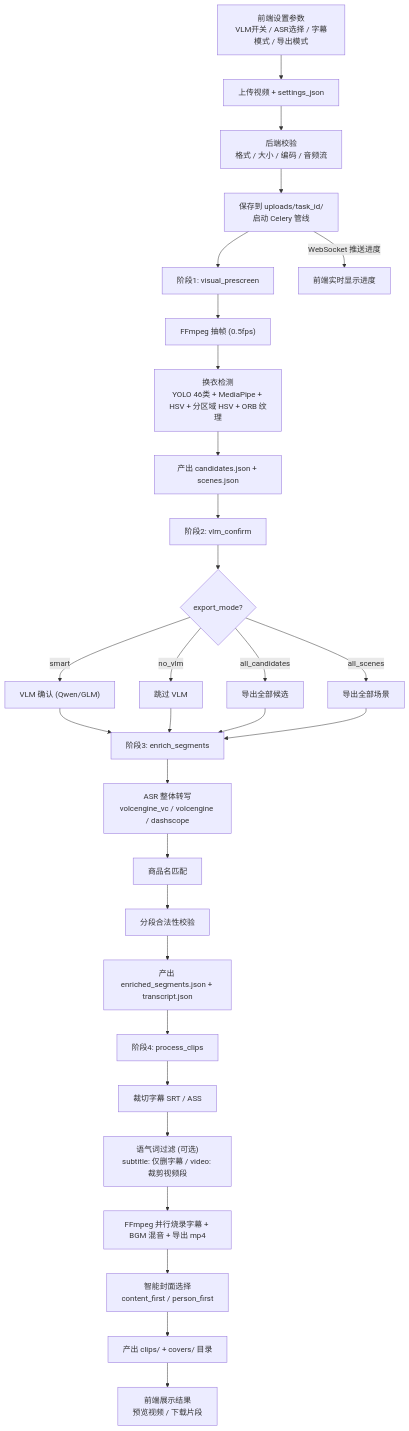
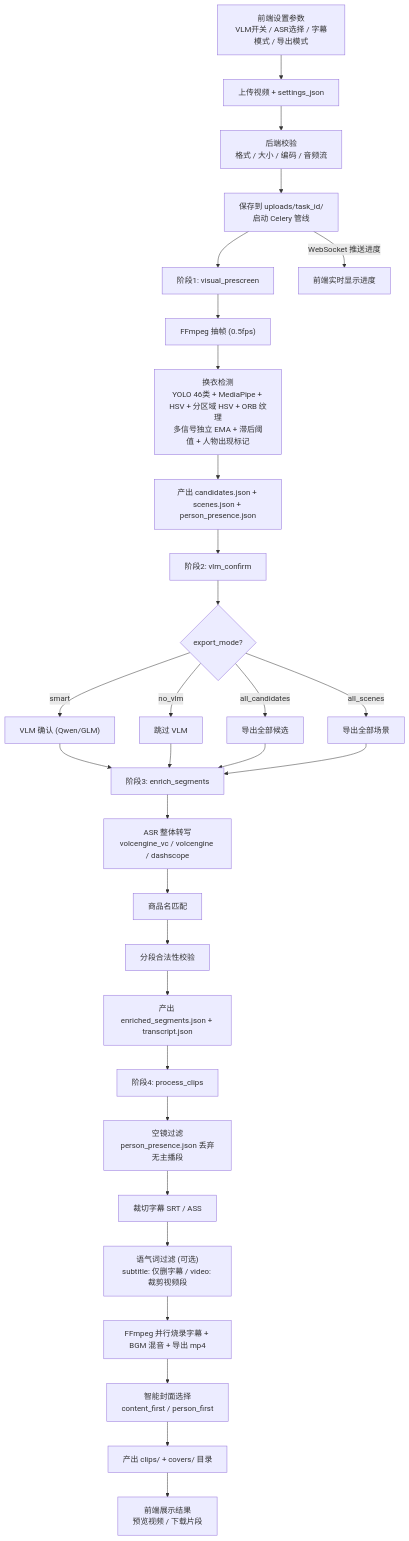
One commit to ShellMonster/LiveVideoCut changed the second of 2 diagrams in README.md. Above: the diagram before and after it, drawn with Mermaid. The commit also changed other lines of this file and 4 other files, not shown here.

````diff
--- a/README.md
+++ b/README.md
@@ -77,38 +77,39 @@
 ```mermaid
 graph TD
     A["前端设置参数<br/>VLM开关 / ASR选择 / 字幕模式 / 导出模式"] --> B["上传视频 + settings_json"]
     B --> C["后端校验<br/>格式 / 大小 / 编码 / 音频流"]
     C --> D["保存到 uploads/task_id/<br/>启动 Celery 管线"]
 
     D --> E["阶段1: visual_prescreen"]
     E --> E1["FFmpeg 抽帧 (0.5fps)"]
-    E1 --> E2["换衣检测<br/>YOLO 46类 + MediaPipe + HSV + 分区域 HSV + ORB 纹理"]
-    E2 --> E3["产出 candidates.json + scenes.json"]
+    E1 --> E2["换衣检测<br/>YOLO 46类 + MediaPipe + HSV + 分区域 HSV + ORB 纹理<br/>多信号独立 EMA + 滞后阈值 + 人物出现标记"]
+    E2 --> E3["产出 candidates.json + scenes.json + person_presence.json"]
 
     E3 --> F["阶段2: vlm_confirm"]
     F --> F1{"export_mode?"}
     F1 -->|"smart"| F2["VLM 确认 (Qwen/GLM)"]
     F1 -->|"no_vlm"| F3["跳过 VLM"]
     F1 -->|"all_candidates"| F4["导出全部候选"]
     F1 -->|"all_scenes"| F5["导出全部场景"]
 
     F2 --> G["阶段3: enrich_segments"]
     F3 --> G
     F4 --> G
     F5 --> G
 
     G --> G1["ASR 整体转写<br/>volcengine_vc / volcengine / dashscope"]
     G1 --> G2["商品名匹配"]
     G2 --> G3["分段合法性校验"]
     G3 --> G4["产出 enriched_segments.json + transcript.json"]
 
     G4 --> H["阶段4: process_clips"]
-    H --> H1["裁切字幕 SRT / ASS"]
+    H --> H0["空镜过滤<br/>person_presence.json 丢弃无主播段"]
+    H0 --> H1["裁切字幕 SRT / ASS"]
     H1 --> H2["语气词过滤 (可选)<br/>subtitle: 仅删字幕 / video: 裁剪视频段"]
     H2 --> H3["FFmpeg 并行烧录字幕 + BGM 混音 + 导出 mp4"]
     H3 --> H4["智能封面选择<br/>content_first / person_first"]
     H4 --> H5["产出 clips/ + covers/ 目录"]
 
     D -->|"WebSocket 推送进度"| W["前端实时显示进度"]
     H5 --> R["前端展示结果<br/>预览视频 / 下载片段"]
 ```
````
